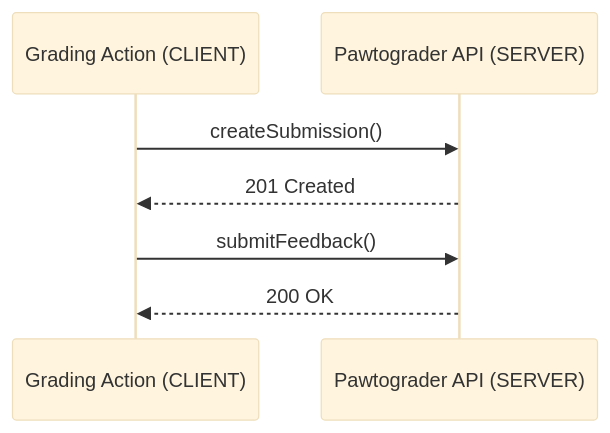
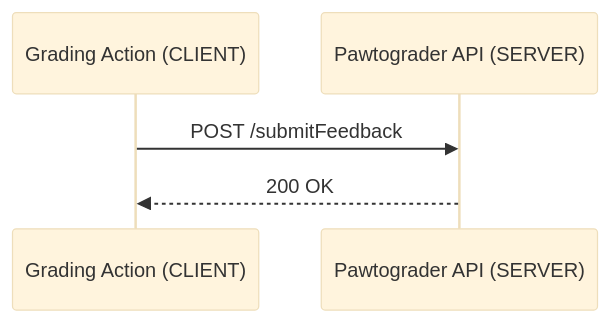
The first of 7 diagrams in lecture-slides-spertus/l20-distributed-architecture.mdx (neu-pdi/cs3100-public-resources), drawn with Mermaid before and after one commit. The commit also changed other lines of this file and 1 other file, not shown here.

````diff
--- a/lecture-slides-spertus/l20-distributed-architecture.mdx
+++ b/lecture-slides-spertus/l20-distributed-architecture.mdx
@@ -368,10 +397,8 @@
 ```mermaid
-%%{init: {'theme': 'base', 'themeVariables': { 'fontSize': '14px' }}}%%
+%%{init: {'theme': 'base', 'themeVariables': { 'fontSize': '12px' }}}%%
 sequenceDiagram
     participant GA as Grading Action (CLIENT)
     participant API as Pawtograder API (SERVER)
-    GA->>API: createSubmission()
-    API-->>GA: 201 Created
-    GA->>API: submitFeedback()
+    GA->>API: POST /submitFeedback
     API-->>GA: 200 OK
 ```
````
